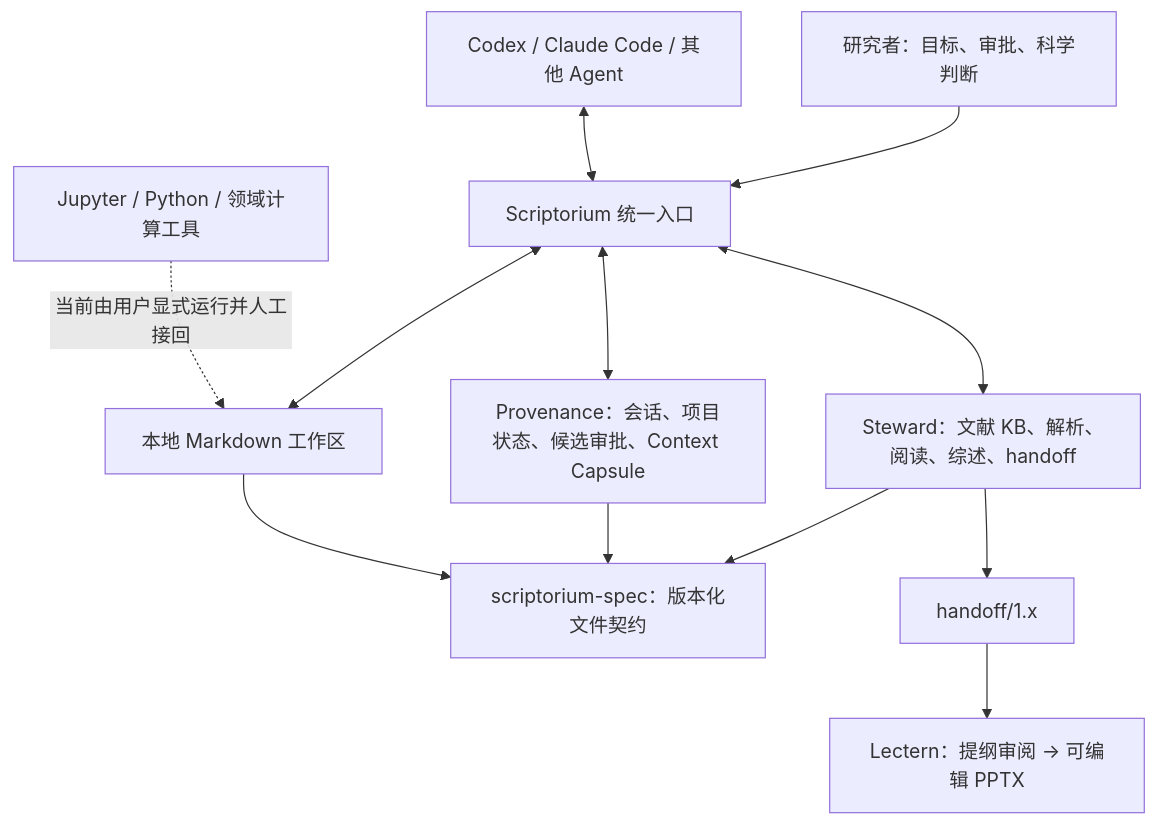
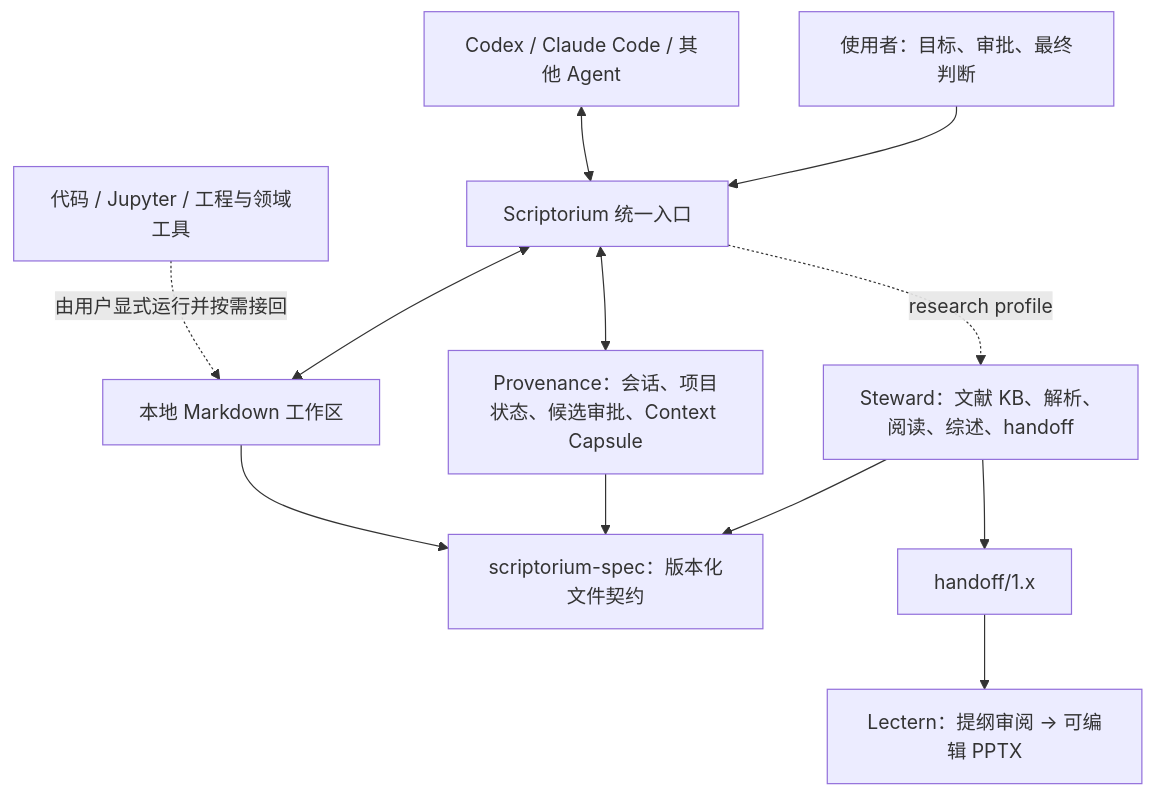
The diagram in docs/architecture-and-acceptance.zh-CN.md (scriptorium-suite/scriptorium), drawn with Mermaid before and after one commit. The commit also changed other lines of this file and 22 other files, not shown here.

````diff
--- a/docs/architecture-and-acceptance.zh-CN.md
+++ b/docs/architecture-and-acceptance.zh-CN.md
@@ -40,14 +39,14 @@
 ```mermaid
 flowchart TD
-    U["研究者：目标、审批、科学判断"] --> S["Scriptorium 统一入口"]
+    U["使用者：目标、审批、最终判断"] --> S["Scriptorium 统一入口"]
     A["Codex / Claude Code / 其他 Agent"] <--> S
     S <--> W["本地 Markdown 工作区"]
     S <--> P["Provenance：会话、项目状态、候选审批、Context Capsule"]
-    S <--> T["Steward：文献 KB、解析、阅读、综述、handoff"]
+    S -. "research profile" .-> T["Steward：文献 KB、解析、阅读、综述、handoff"]
     T --> C["scriptorium-spec：版本化文件契约"]
     P --> C
     W --> C
-    E["Jupyter / Python / 领域计算工具"] -. "当前由用户显式运行并人工接回" .-> W
+    E["代码 / Jupyter / 工程与领域工具"] -. "由用户显式运行并按需接回" .-> W
     T --> H["handoff/1.x"]
     H --> L["Lectern：提纲审阅 -> 可编辑 PPTX"]
 ```
````
